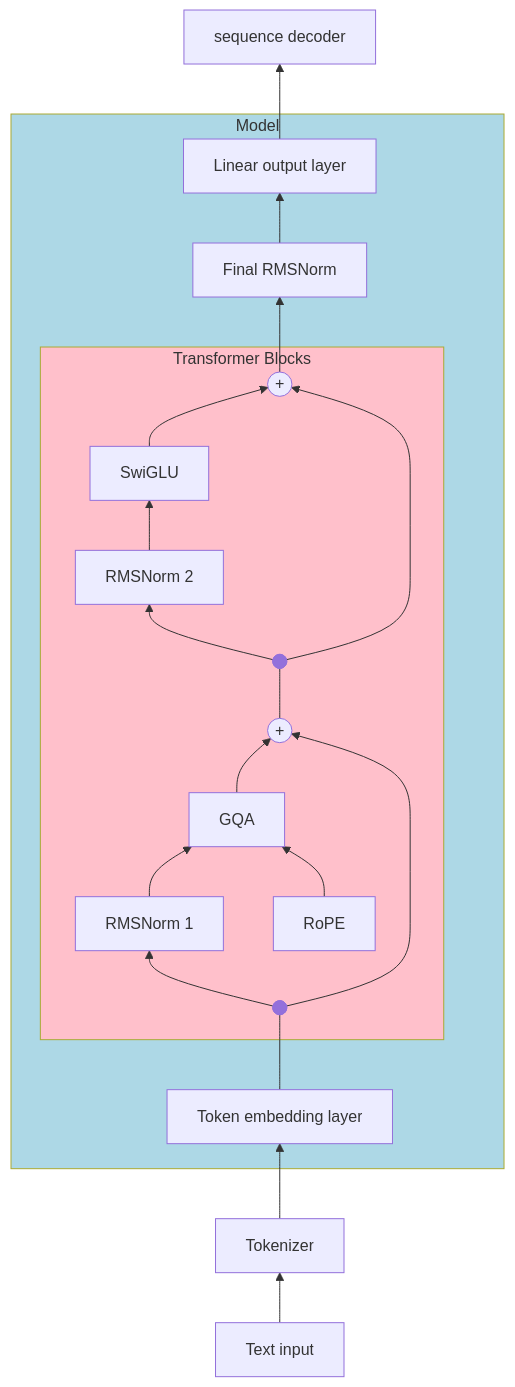
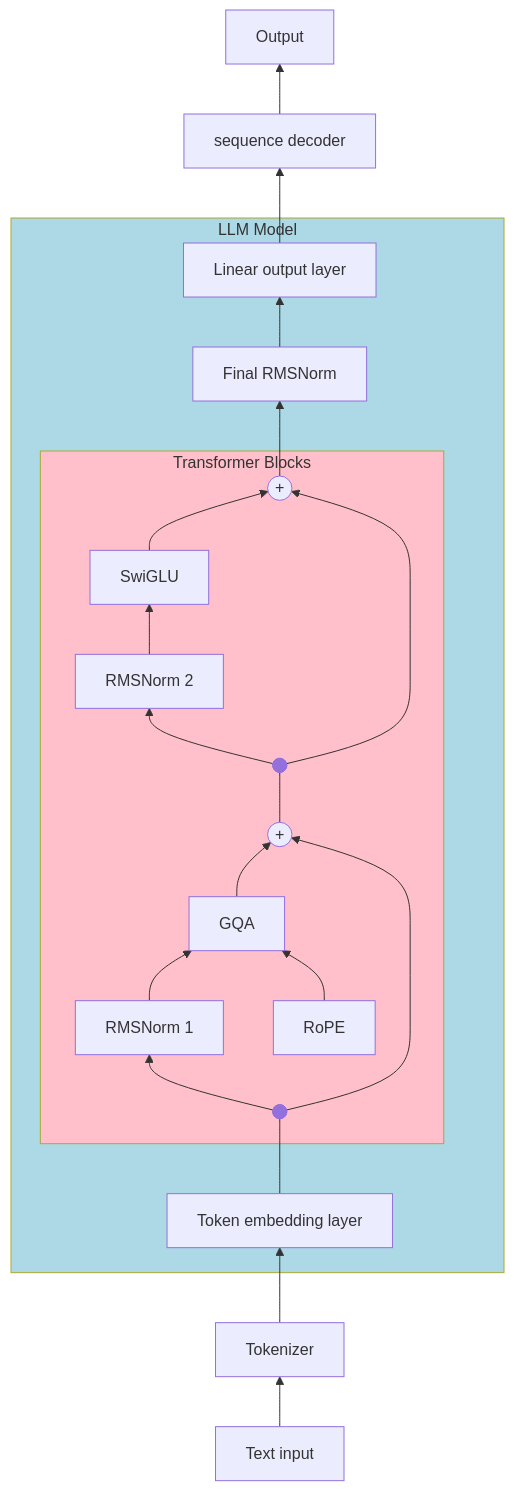
Before and after one commit to m0baxter/gobots: the fifth of 7 diagrams in README.md, drawn with Mermaid. The commit also changed other lines of this file, not shown here.

````diff
--- a/README.md
+++ b/README.md
@@ -245,19 +333,19 @@
 ```mermaid
 flowchart BT
    text_input[Text input] --> Tokenizer
    Tokenizer --> embedding[Token embedding layer]
-   subgraph model[Model]
+   subgraph model [LLM Model]
       embedding --- split1
       subgraph block[Transformer Blocks]
          split1@{shape: f-circ} --> norm1[RMSNorm 1] --> attention[GQA]
          pos_emb[RoPE] --> attention --> merge1@{shape: circle, label: " + "}
          split1 --> merge1 --- split2@{shape: f-circ} --> norm2[RMSNorm 2] --> ffn[SwiGLU] --> merge2@{shape: circle, label: " + "}
          split2 --> merge2
       end
       merge2 --> norm_final[Final RMSNorm] --> output_layer[Linear output layer]
    end
-   output_layer --> output[sequence decoder]
+   output_layer --> output[sequence decoder] --> Output
 
 style model fill: lightblue
 style block fill: pink
 ```
````
